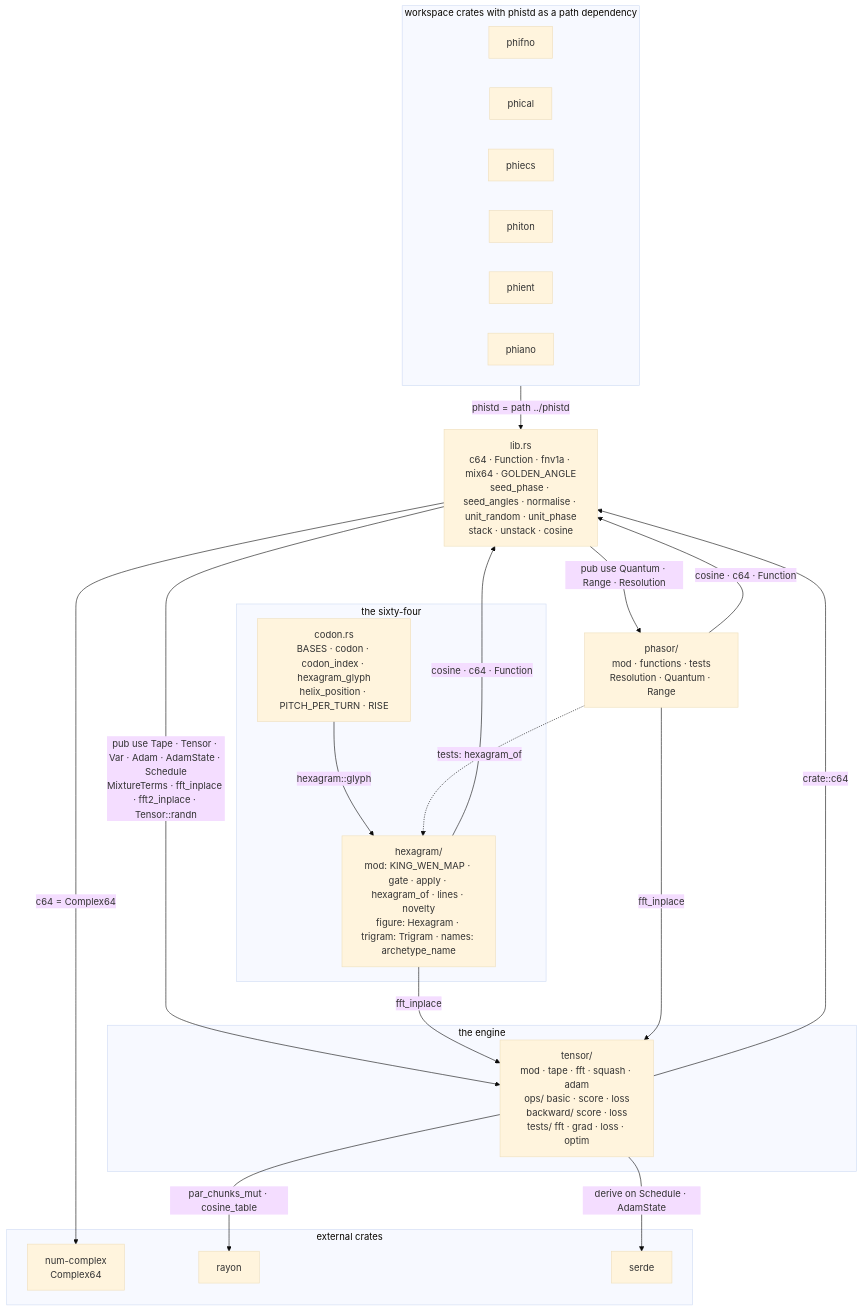
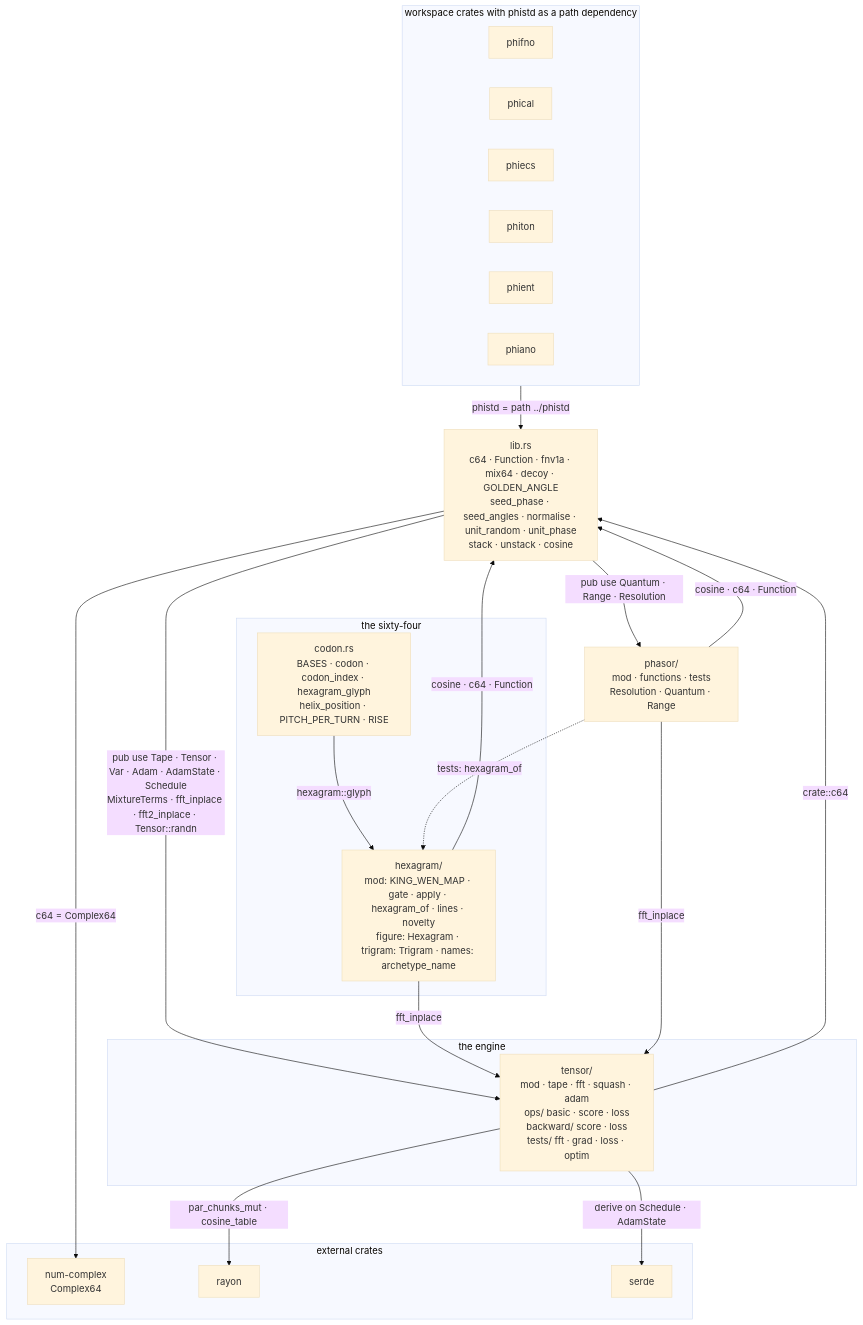
One commit to gemphi/phinet changed the first of 2 diagrams in crates/phistd/ARCHITECTURE.md. Above: the diagram before and after it, drawn with Mermaid (base theme). The commit also changed 2 other files, not shown here.

Commit message:
Refactored phistd structure

````diff
--- a/crates/phistd/ARCHITECTURE.md
+++ b/crates/phistd/ARCHITECTURE.md
@@ -5,39 +5,39 @@
 ```mermaid
 graph TD
-    lib["lib.rs<br/>c64 · Function · fnv1a · mix64 · GOLDEN_ANGLE<br/>seed_phase · seed_angles · normalise · unit_random · unit_phase<br/>stack · unstack · cosine"]
+    lib["lib.rs<br/>c64 · Function · fnv1a · mix64 · decoy · GOLDEN_ANGLE<br/>seed_phase · seed_angles · normalise · unit_random · unit_phase<br/>stack · unstack · cosine"]
     subgraph engine["the engine"]
         tensor["tensor/<br/>mod · tape · fft · squash · adam<br/>ops/ basic · score · loss<br/>backward/ score · loss<br/>tests/ fft · grad · loss · optim"]
     end
     subgraph sixtyfour["the sixty-four"]
         hexagram["hexagram/<br/>mod: KING_WEN_MAP · gate · apply · hexagram_of · lines · novelty<br/>figure: Hexagram · trigram: Trigram · names: archetype_name"]
         codon["codon.rs<br/>BASES · codon · codon_index · hexagram_glyph<br/>helix_position · PITCH_PER_TURN · RISE"]
     end
     phasor["phasor/<br/>mod · functions · tests<br/>Resolution · Quantum · Range"]
     subgraph extern_["external crates"]
         numc["num-complex<br/>Complex64"]
         rayon["rayon"]
         serde["serde"]
     end
     subgraph users["workspace crates with phistd as a path dependency"]
         phifno["phifno"]
         phical["phical"]
         phiecs["phiecs"]
         phiton["phiton"]
         phient["phient"]
         phiano["phiano"]
     end
 
     lib -->|"pub use Tape · Tensor · Var · Adam · AdamState · Schedule<br/>MixtureTerms · fft_inplace · fft2_inplace · Tensor::randn"| tensor
     lib -->|"pub use Quantum · Range · Resolution"| phasor
     tensor -->|"crate::c64"| lib
     hexagram -->|"fft_inplace"| tensor
     hexagram -->|"cosine · c64 · Function"| lib
     codon -->|"hexagram::glyph"| hexagram
     phasor -->|"fft_inplace"| tensor
     phasor -->|"cosine · c64 · Function"| lib
     phasor -.->|"tests: hexagram_of"| hexagram
     lib -->|"c64 = Complex64"| numc
     tensor -->|"par_chunks_mut · cosine_table"| rayon
     tensor -->|"derive on Schedule · AdamState"| serde
     users -->|"phistd = path ../phistd"| lib
 ```
````
